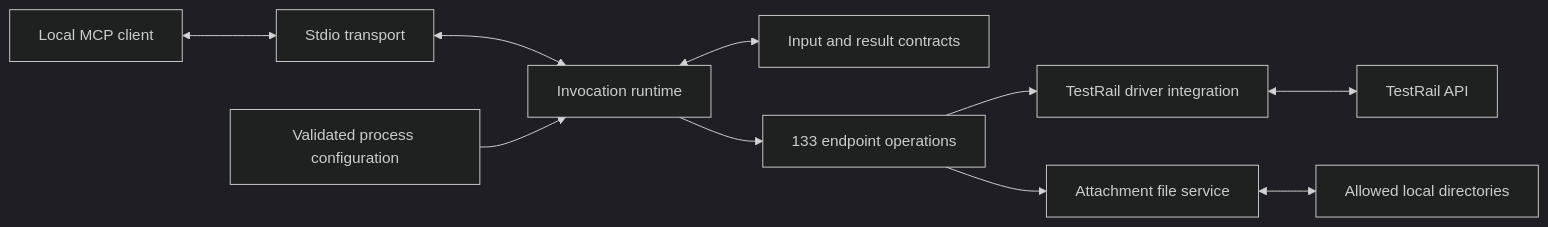
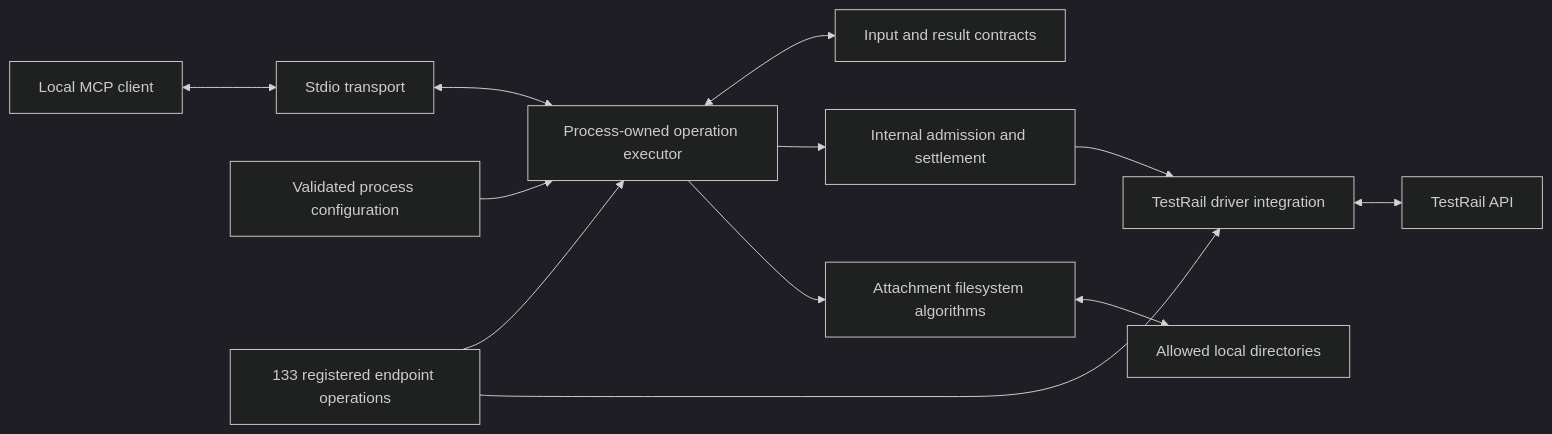
Before and after one commit to dichovsky/testrail-mcp: the diagram in docs/architecture.md, drawn with Mermaid (dark theme). The commit also changed other lines of this file and 52 other files, not shown here.

First line of the commit message:
Own operation execution and staging lifetime in one executor

````diff
--- a/docs/architecture.md
+++ b/docs/architecture.md
@@ -25,12 +25,14 @@
 ```mermaid
 flowchart LR
     Host[Local MCP client] <--> Stdio[Stdio transport]
-    Stdio <--> Runtime[Invocation runtime]
-    Config[Validated process configuration] --> Runtime
-    Runtime <--> Contracts[Input and result contracts]
-    Runtime --> Operations[133 endpoint operations]
+    Stdio <--> Executor[Process-owned operation executor]
+    Config[Validated process configuration] --> Executor
+    Executor <--> Contracts[Input and result contracts]
+    Operations[133 registered endpoint operations] --> Executor
+    Executor --> Runtime[Internal admission and settlement]
     Operations --> Driver[TestRail driver integration]
+    Runtime --> Driver
     Driver <--> TestRail[TestRail API]
-    Operations --> Files[Attachment file service]
+    Executor --> Files[Attachment filesystem algorithms]
     Files <--> Disk[Allowed local directories]
 ```
````
